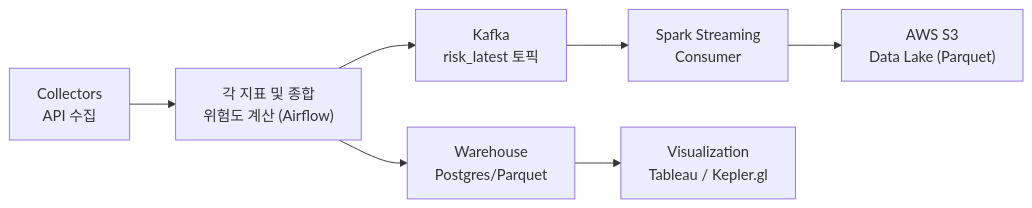
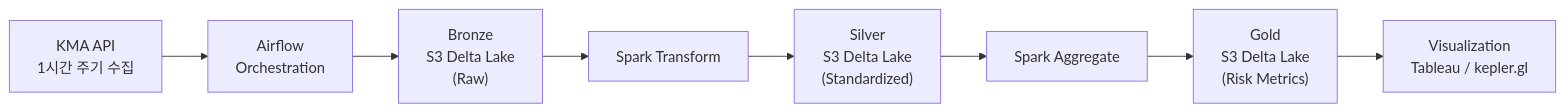
One commit to HongJunseong/weather-risk-assessment changed the diagram in README.md. Above: the diagram before and after it, drawn with Mermaid. The commit also changed other lines of this file, not shown here.

````diff
--- a/README.md
+++ b/README.md
@@ -75,9 +59,10 @@
 ```mermaid
 flowchart LR
-  A["Collectors<br>API 수집"] --> B["각 지표 및 종합<br>위험도 계산 (Airflow)"]
-  B --> C["Warehouse<br>Postgres/Parquet"]
-  B --> K["Kafka<br>risk_latest 토픽"]
-  K --> S["Spark Streaming<br>Consumer"]
-  S --> L["AWS S3<br>Data Lake (Parquet)"]
-  C --> V["Visualization<br>Tableau / Kepler.gl"]
+  A["KMA API<br>1시간 주기 수집"] --> B["Airflow<br>Orchestration"]
+  B --> C["Bronze<br>S3 Delta Lake<br>(Raw)"]
+  C --> D["Spark Transform"]
+  D --> E["Silver<br>S3 Delta Lake<br>(Standardized)"]
+  E --> F["Spark Aggregate"]
+  F --> G["Gold<br>S3 Delta Lake<br>(Risk Metrics)"]
+  G --> V["Visualization<br>Tableau / kepler.gl"]
 ```
````
